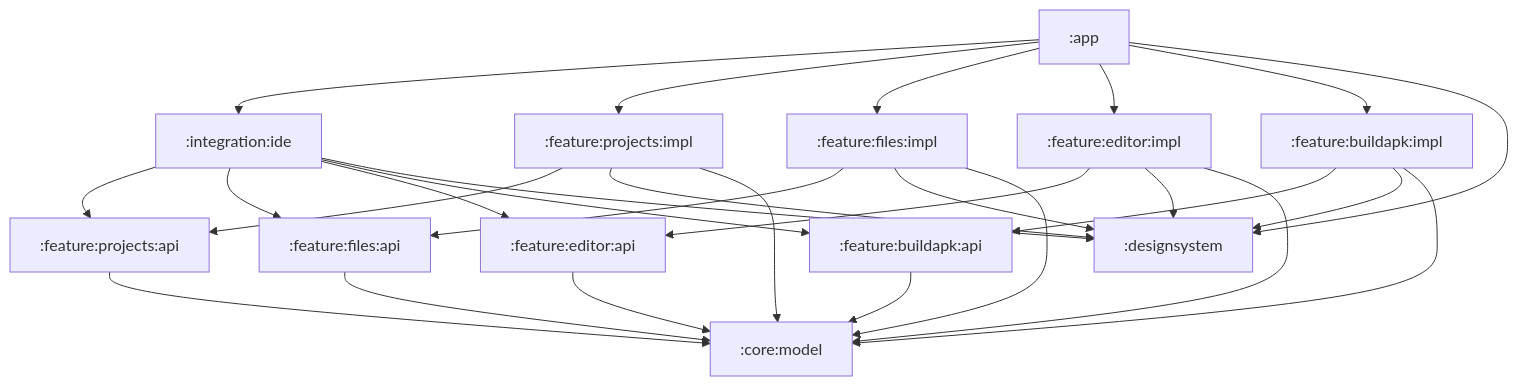
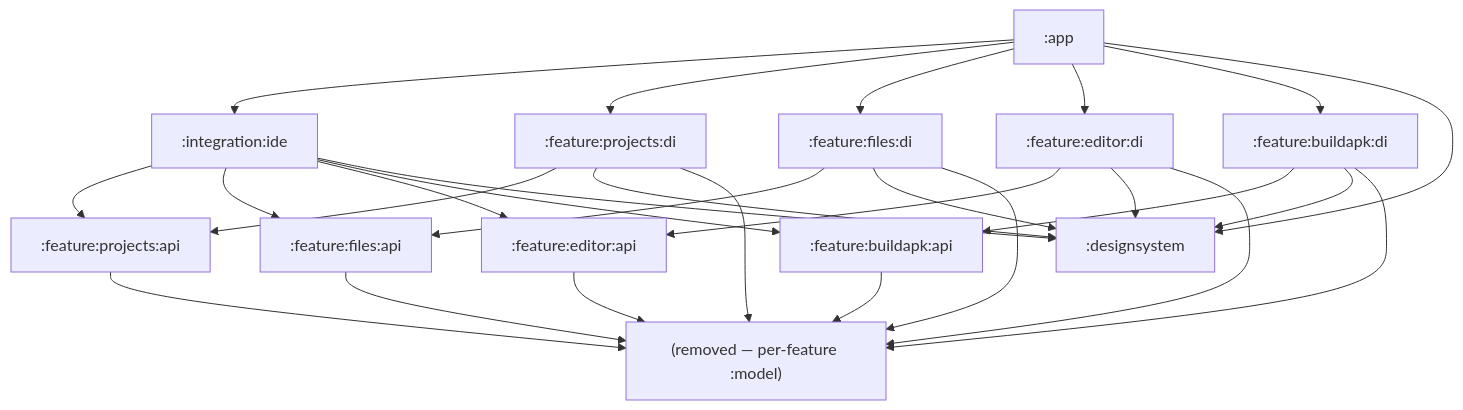
The first of 5 diagrams in project/architecture.md (Al-Qassim/Android-Studio-Lite), drawn with Mermaid before and after one commit. The commit also changed other lines of this file and 139 other files, not shown here.

````diff
--- a/project/architecture.md
+++ b/project/architecture.md
@@ -99,50 +107,50 @@
 ```mermaid
 flowchart TB
   app[":app"]
   ide[":integration:ide"]
   ds[":designsystem"]
-  core[":core:model"]
+  core["(removed — per-feature :model)"]
 
   pApi[":feature:projects:api"]
-  pImpl[":feature:projects:impl"]
+  pImpl[":feature:projects:di"]
   fApi[":feature:files:api"]
-  fImpl[":feature:files:impl"]
+  fImpl[":feature:files:di"]
   eApi[":feature:editor:api"]
-  eImpl[":feature:editor:impl"]
+  eImpl[":feature:editor:di"]
   bApi[":feature:buildapk:api"]
-  bImpl[":feature:buildapk:impl"]
+  bImpl[":feature:buildapk:di"]
 
   app --> ide
   app --> pImpl
   app --> fImpl
   app --> eImpl
   app --> bImpl
   app --> ds
 
   ide --> pApi
   ide --> fApi
   ide --> eApi
   ide --> bApi
   ide --> ds
 
   pImpl --> pApi
   pImpl --> ds
   pImpl --> core
 
   fImpl --> fApi
   fImpl --> ds
   fImpl --> core
 
   eImpl --> eApi
   eImpl --> ds
   eImpl --> core
 
   bImpl --> bApi
   bImpl --> ds
   bImpl --> core
 
   pApi --> core
   fApi --> core
   eApi --> core
   bApi --> core
 ```
````
